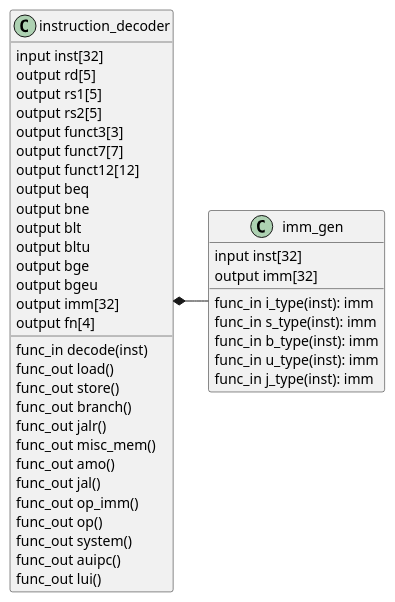
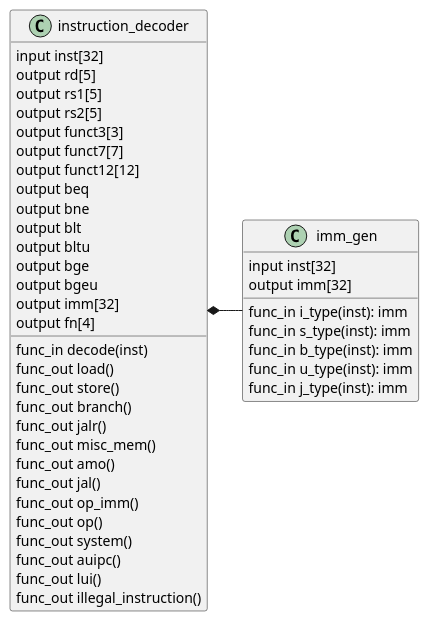
The diagram in docs/source/_static/plantuml/class_diagram_instruction_decoder.puml (koyamanX/turboV), drawn with PlantUML before and after one commit. The commit also changed 2 other files, not shown here.

Commit message:
Add interface of  instruction_decoder and its document

```diff
--- a/docs/source/_static/plantuml/class_diagram_instruction_decoder.puml
+++ b/docs/source/_static/plantuml/class_diagram_instruction_decoder.puml
@@ -1,47 +1,48 @@
 @startuml
 	class instruction_decoder {
 		input inst[32]
 		func_in decode(inst)
 		output rd[5]
 		output rs1[5]
 		output rs2[5]
 		output funct3[3]
 		output funct7[7]
 		output funct12[12]
 		output beq
 		output bne
 		output blt
 		output bltu
 		output bge
 		output bgeu
 		output imm[32]
 		output fn[4]
 
 		func_out load()
 		func_out store()
 		func_out branch()
 		func_out jalr()
 		func_out misc_mem()
 		func_out amo()
 		func_out jal()
 		func_out op_imm()
 		func_out op()
 		func_out system()
 		func_out auipc()
 		func_out lui()
+		func_out illegal_instruction()
 	}
 
 	class imm_gen {
 		input inst[32]
 		output imm[32]
 
 		func_in i_type(inst): imm
 		func_in s_type(inst): imm
 		func_in b_type(inst): imm
 		func_in u_type(inst): imm
 		func_in j_type(inst): imm
 	}
 
 	instruction_decoder *- imm_gen
 
 @enduml
```
